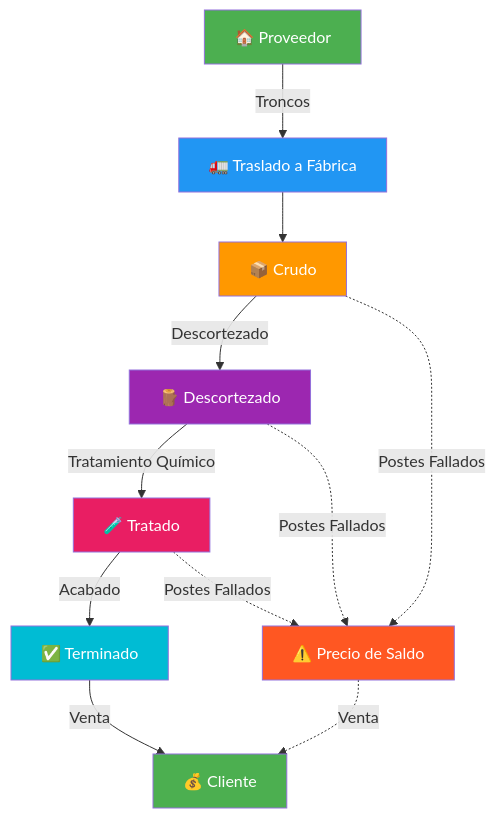
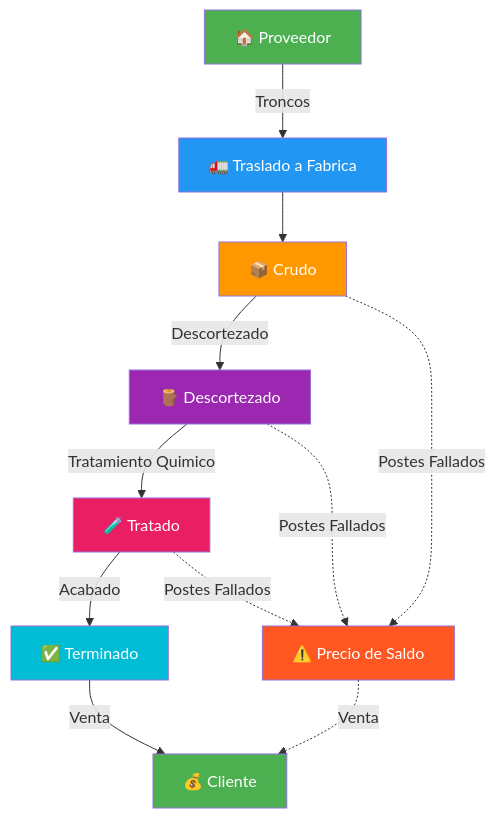
The third of 8 diagrams in docs/proposal/PROPOSAL.md (kapit4n/post-process), drawn with Mermaid before and after one commit. The commit also changed other lines of this file and 3 other files, not shown here.

````diff
--- a/docs/proposal/PROPOSAL.md
+++ b/docs/proposal/PROPOSAL.md
@@ -310,23 +973,23 @@
 ```mermaid
 graph TD
-    A[🏠 Proveedor] -->|Troncos| B[🚛 Traslado a Fábrica]
+    A[🏠 Proveedor] -->|Troncos| B[🚛 Traslado a Fabrica]
     B --> C[📦 Crudo]
     C -->|Descortezado| D[🪵 Descortezado]
-    D -->|Tratamiento Químico| E[🧪 Tratado]
+    D -->|Tratamiento Quimico| E[🧪 Tratado]
     E -->|Acabado| F[✅ Terminado]
     F -->|Venta| G[💰 Cliente]
     
     C -.->|Postes Fallados| H[⚠️ Precio de Saldo]
     D -.->|Postes Fallados| H
     E -.->|Postes Fallados| H
     H -.->|Venta| G
 
     style A fill:#4CAF50,color:#fff
     style B fill:#2196F3,color:#fff
     style C fill:#FF9800,color:#fff
     style D fill:#9C27B0,color:#fff
     style E fill:#E91E63,color:#fff
     style F fill:#00BCD4,color:#fff
     style G fill:#4CAF50,color:#fff
     style H fill:#FF5722,color:#fff
 ```
````
